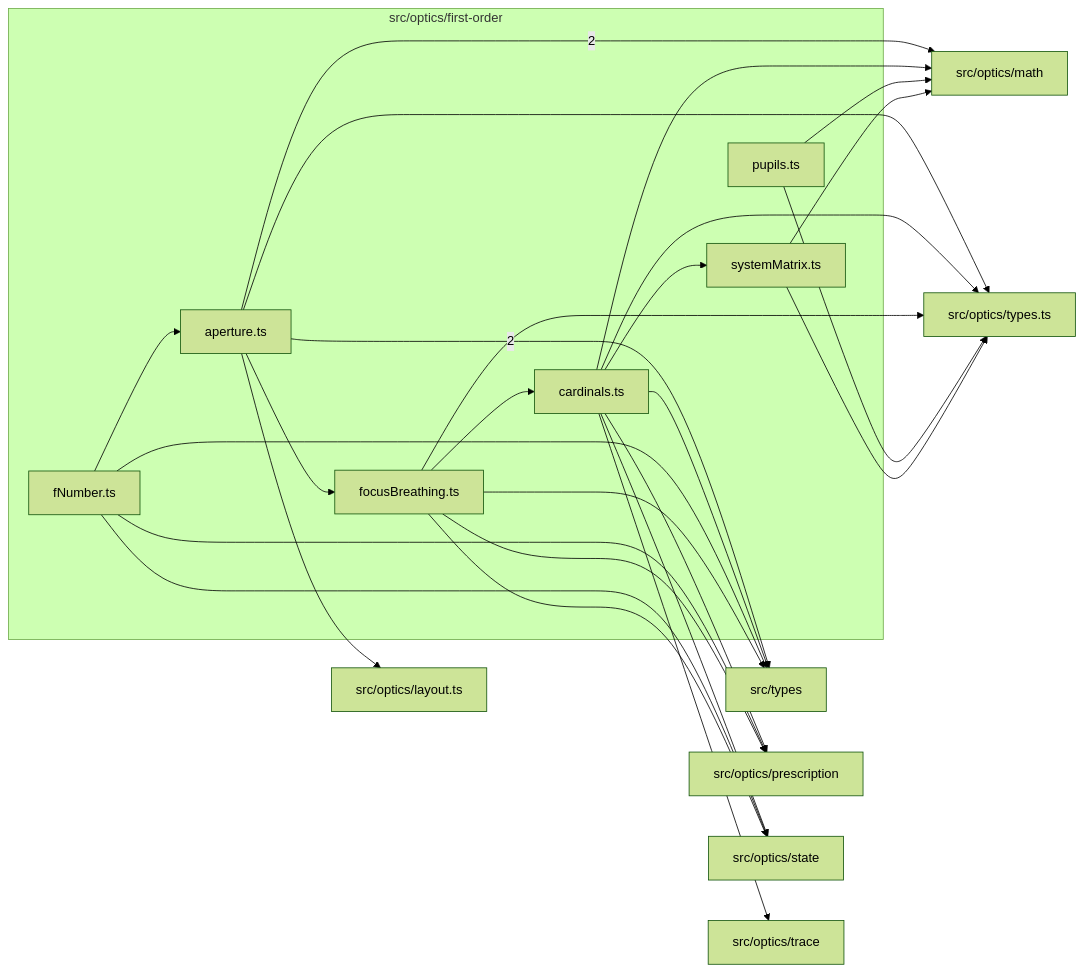
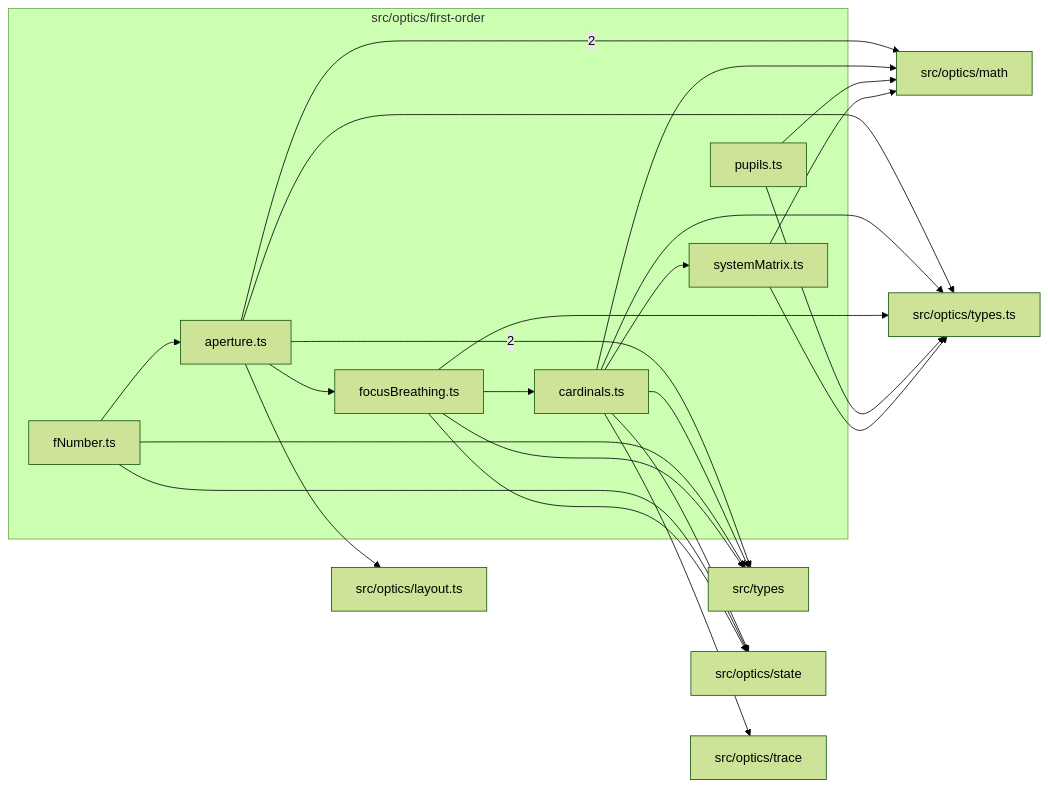
Before and after one commit to ronbuening/LensVisualizer: the diagram in src/optics/first-order/readme.md, drawn with Mermaid (forest theme). The commit also changed other lines of this file and 29 other files, not shown here.

````diff
--- a/src/optics/first-order/readme.md
+++ b/src/optics/first-order/readme.md
@@ -9,43 +9,39 @@
 ```mermaid
 flowchart LR
   subgraph n_src_optics_first_order["src/optics/first-order"]
     n_src_optics_first_order_src_optics_first_order_aperture_ts["aperture.ts"]
     n_src_optics_first_order_src_optics_first_order_cardinals_ts["cardinals.ts"]
     n_src_optics_first_order_src_optics_first_order_fNumber_ts["fNumber.ts"]
     n_src_optics_first_order_src_optics_first_order_focusBreathing_ts["focusBreathing.ts"]
     n_src_optics_first_order_src_optics_first_order_pupils_ts["pupils.ts"]
     n_src_optics_first_order_src_optics_first_order_systemMatrix_ts["systemMatrix.ts"]
   end
   n_external_src_optics_math["src/optics/math"]
   n_external_src_types["src/types"]
   n_external_src_optics_layout_ts["src/optics/layout.ts"]
-  n_external_src_optics_prescription["src/optics/prescription"]
   n_external_src_optics_state["src/optics/state"]
   n_external_src_optics_trace["src/optics/trace"]
   n_external_src_optics_types_ts["src/optics/types.ts"]
   n_src_optics_first_order_src_optics_first_order_aperture_ts --> |2| n_external_src_optics_math
   n_src_optics_first_order_src_optics_first_order_aperture_ts --> |2| n_external_src_types
   n_src_optics_first_order_src_optics_first_order_aperture_ts --> n_external_src_optics_layout_ts
   n_src_optics_first_order_src_optics_first_order_cardinals_ts --> n_external_src_optics_math
   n_src_optics_first_order_src_optics_first_order_pupils_ts --> n_external_src_optics_math
   n_src_optics_first_order_src_optics_first_order_systemMatrix_ts --> n_external_src_optics_math
-  n_src_optics_first_order_src_optics_first_order_cardinals_ts --> n_external_src_optics_prescription
-  n_src_optics_first_order_src_optics_first_order_fNumber_ts --> n_external_src_optics_prescription
-  n_src_optics_first_order_src_optics_first_order_focusBreathing_ts --> n_external_src_optics_prescription
   n_src_optics_first_order_src_optics_first_order_cardinals_ts --> n_external_src_optics_state
   n_src_optics_first_order_src_optics_first_order_fNumber_ts --> n_external_src_optics_state
   n_src_optics_first_order_src_optics_first_order_focusBreathing_ts --> n_external_src_optics_state
   n_src_optics_first_order_src_optics_first_order_cardinals_ts --> n_external_src_optics_trace
   n_src_optics_first_order_src_optics_first_order_aperture_ts --> n_external_src_optics_types_ts
   n_src_optics_first_order_src_optics_first_order_cardinals_ts --> n_external_src_optics_types_ts
   n_src_optics_first_order_src_optics_first_order_focusBreathing_ts --> n_external_src_optics_types_ts
   n_src_optics_first_order_src_optics_first_order_pupils_ts --> n_external_src_optics_types_ts
   n_src_optics_first_order_src_optics_first_order_systemMatrix_ts --> n_external_src_optics_types_ts
   n_src_optics_first_order_src_optics_first_order_cardinals_ts --> n_external_src_types
   n_src_optics_first_order_src_optics_first_order_fNumber_ts --> n_external_src_types
   n_src_optics_first_order_src_optics_first_order_focusBreathing_ts --> n_external_src_types
   n_src_optics_first_order_src_optics_first_order_fNumber_ts --> n_src_optics_first_order_src_optics_first_order_aperture_ts
   n_src_optics_first_order_src_optics_first_order_focusBreathing_ts --> n_src_optics_first_order_src_optics_first_order_cardinals_ts
   n_src_optics_first_order_src_optics_first_order_aperture_ts --> n_src_optics_first_order_src_optics_first_order_focusBreathing_ts
   n_src_optics_first_order_src_optics_first_order_cardinals_ts --> n_src_optics_first_order_src_optics_first_order_systemMatrix_ts
 ```
````
